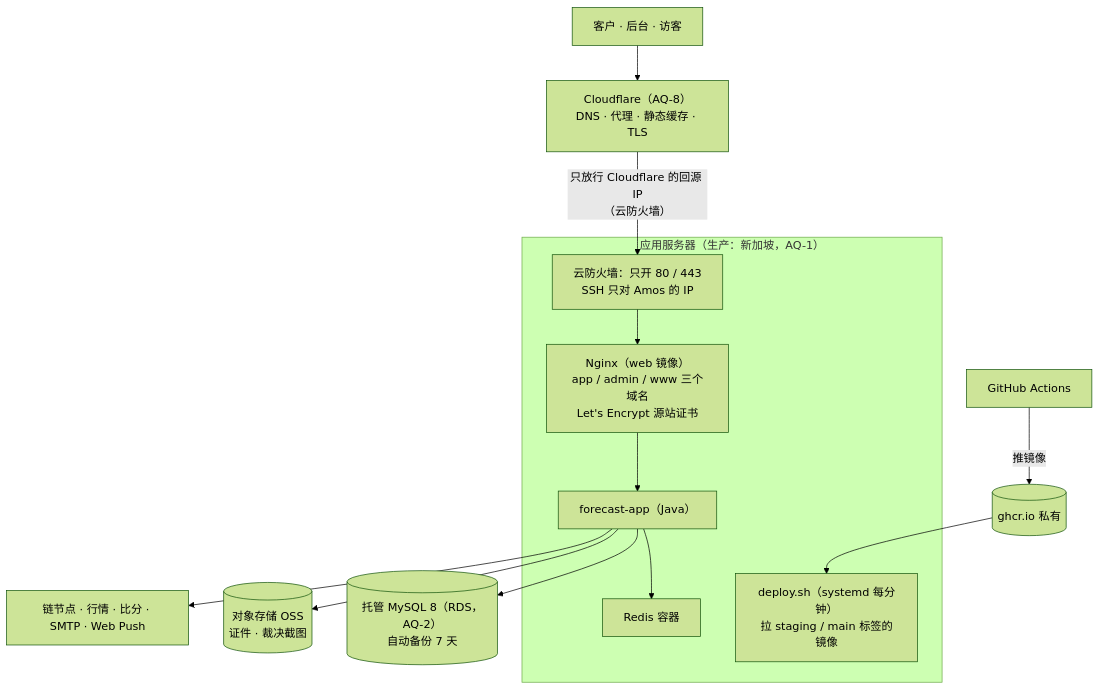
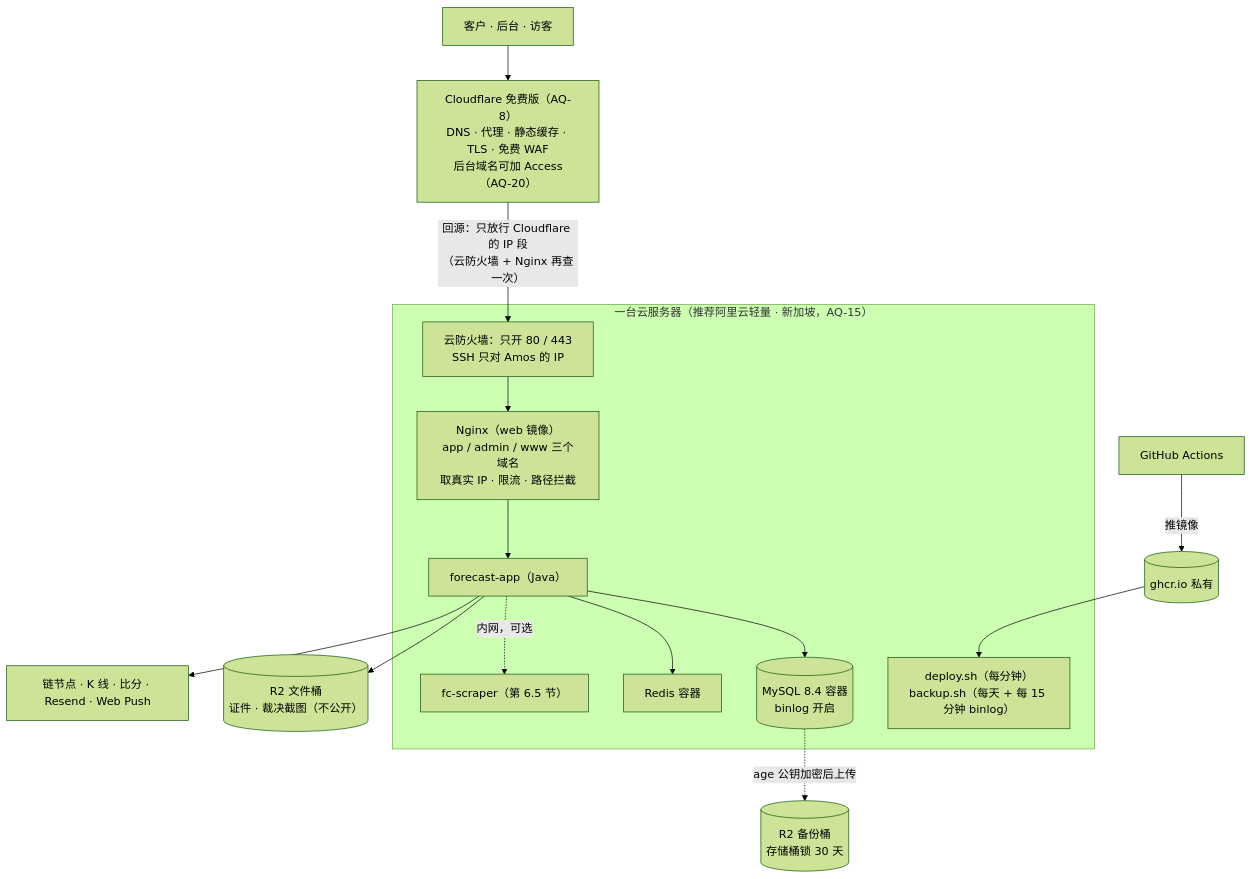
One commit to dollar3651314/forecast changed the seventh of 10 diagrams in 技术方案/v1-架构方案.md. Above: the diagram before and after it, drawn with Mermaid (forest theme). The commit also changed other lines of this file and 2 other files, not shown here.

````diff
--- a/技术方案/v1-架构方案.md
+++ b/技术方案/v1-架构方案.md
@@ -939,17 +1042,19 @@
 ```mermaid
 flowchart TB
-    U["客户 · 后台 · 访客"] --> CF["Cloudflare（AQ-8）<br/>DNS · 代理 · 静态缓存 · TLS"]
-    CF -->|"只放行 Cloudflare 的回源 IP<br/>（云防火墙）"| FW
-    subgraph S["应用服务器（生产：新加坡，AQ-1）"]
+    U["客户 · 后台 · 访客"] --> CF["Cloudflare 免费版（AQ-8）<br/>DNS · 代理 · 静态缓存 · TLS · 免费 WAF<br/>后台域名可加 Access（AQ-20）"]
+    CF -->|"回源：只放行 Cloudflare 的 IP 段<br/>（云防火墙 + Nginx 再查一次）"| FW
+    subgraph S["一台云服务器（推荐阿里云轻量 · 新加坡，AQ-15）"]
         FW["云防火墙：只开 80 / 443<br/>SSH 只对 Amos 的 IP"]
-        FW --> N["Nginx（web 镜像）<br/>app / admin / www 三个域名<br/>Let's Encrypt 源站证书"]
+        FW --> N["Nginx（web 镜像）<br/>app / admin / www 三个域名<br/>取真实 IP · 限流 · 路径拦截"]
         N --> A["forecast-app（Java）"]
+        A --> DB[("MySQL 8.4 容器<br/>binlog 开启")]
         A --> R["Redis 容器"]
-        T["deploy.sh（systemd 每分钟）<br/>拉 staging / main 标签的镜像"]
+        A -.->|"内网，可选"| SC["fc-scraper（第 6.5 节）"]
+        T["deploy.sh（每分钟）<br/>backup.sh（每天 + 每 15 分钟 binlog）"]
     end
-    A --> DB[("托管 MySQL 8（RDS，AQ-2）<br/>自动备份 7 天")]
-    A --> OS[("对象存储 OSS<br/>证件 · 裁决截图")]
-    A --> EXT["链节点 · 行情 · 比分 · SMTP · Web Push"]
+    DB -.->|"age 公钥加密后上传"| R2B[("R2 备份桶<br/>存储桶锁 30 天")]
+    A --> R2F[("R2 文件桶<br/>证件 · 裁决截图（不公开）")]
+    A --> EXT["链节点 · K 线 · 比分 · Resend · Web Push"]
     GH["GitHub Actions"] -->|"推镜像"| REG[("ghcr.io 私有")]
     REG --> T
 ```
````
